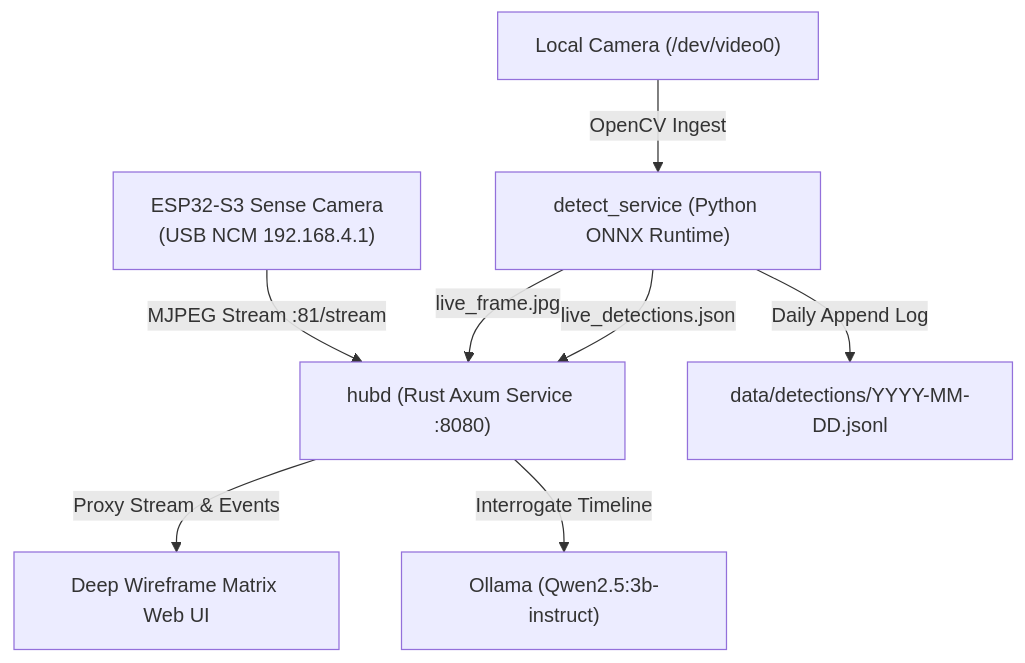
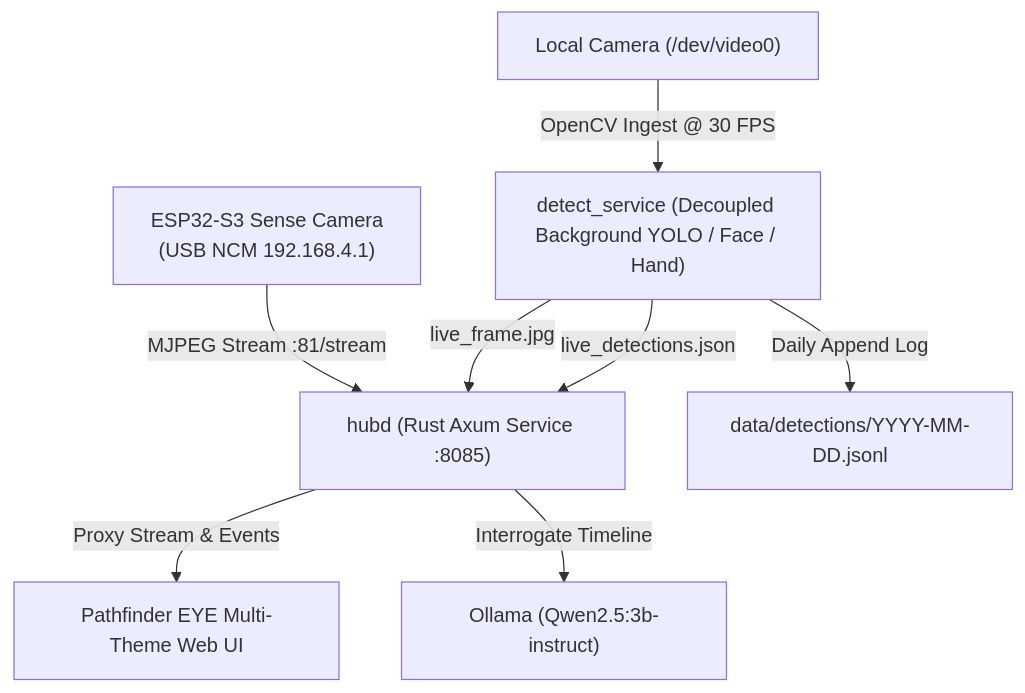
One commit to Alartist40/cv_experimental changed the diagram in README.md. Above: the diagram before and after it, drawn with Mermaid. The commit also changed other lines of this file and 6 other files, not shown here.

Commit message:
docs & chore: update project documentation, clean dead artifacts, and finalize Pathfinder EYE

````diff
--- a/README.md
+++ b/README.md
@@ -9,10 +9,10 @@
 ```mermaid
 graph TD
-    ESP["ESP32-S3 Sense Camera\n(USB NCM 192.168.4.1)"] -->|"MJPEG Stream :81/stream"| HUBD["hubd (Rust Axum Service :8080)"]
-    UVC["Local Camera (/dev/video0)"] -->|"OpenCV Ingest"| DETECT["detect_service (Python ONNX Runtime)"]
+    ESP["ESP32-S3 Sense Camera\n(USB NCM 192.168.4.1)"] -->|"MJPEG Stream :81/stream"| HUBD["hubd (Rust Axum Service :8085)"]
+    UVC["Local Camera (/dev/video0)"] -->|"OpenCV Ingest @ 30 FPS"| DETECT["detect_service (Decoupled Background YOLO / Face / Hand)"]
     DETECT -->|"live_frame.jpg"| HUBD
     DETECT -->|"live_detections.json"| HUBD
     DETECT -->|"Daily Append Log"| STORE["data/detections/YYYY-MM-DD.jsonl"]
-    HUBD -->|"Proxy Stream & Events"| UI["Deep Wireframe Matrix Web UI"]
+    HUBD -->|"Proxy Stream & Events"| UI["Pathfinder EYE Multi-Theme Web UI"]
     HUBD -->|"Interrogate Timeline"| SLM["Ollama (Qwen2.5:3b-instruct)"]
 ```
````
